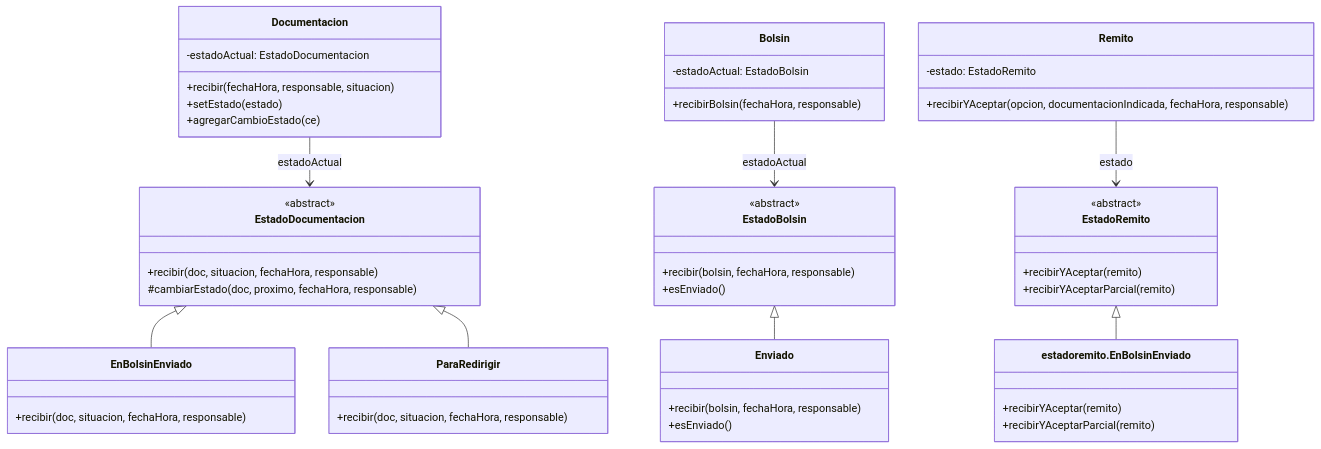
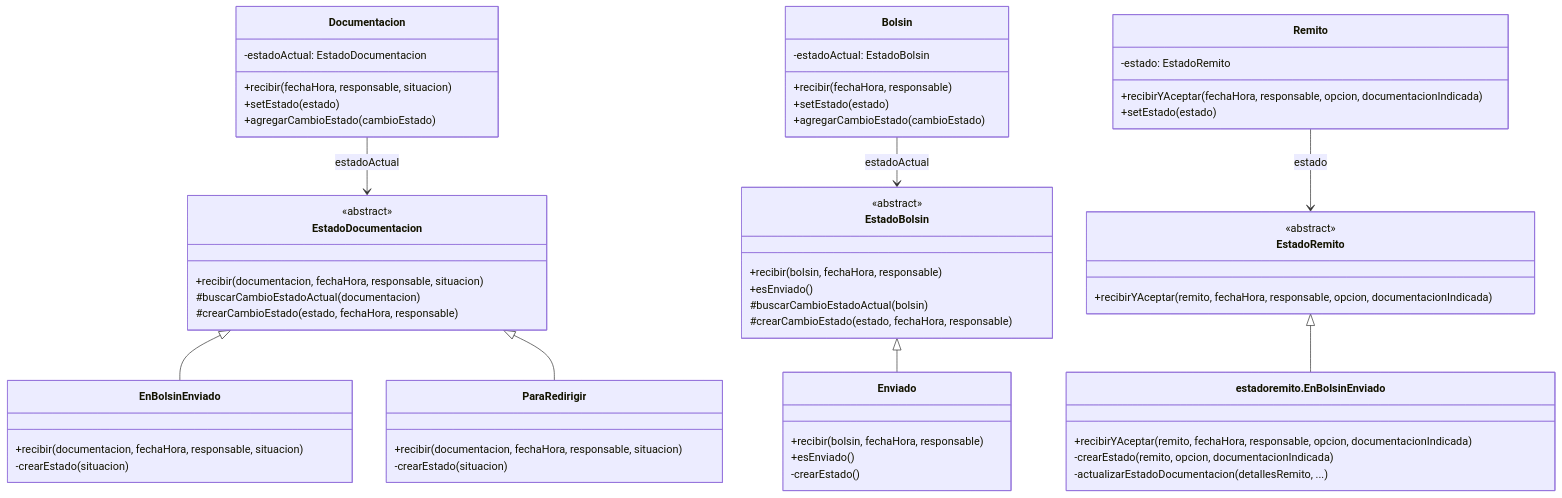
The diagram in README.md (StefaNovaliere/DSI-PPAI), drawn with Mermaid before and after one commit. The commit also changed other lines of this file and 26 other files, not shown here.

First line of the commit message:
Adaptar el patrón State al rediseño del diagrama de secuencia del grupo

````diff
--- a/README.md
+++ b/README.md
@@ -208,53 +214,62 @@
 ```mermaid
 classDiagram
     class Documentacion {
         -estadoActual: EstadoDocumentacion
         +recibir(fechaHora, responsable, situacion)
         +setEstado(estado)
-        +agregarCambioEstado(ce)
+        +agregarCambioEstado(cambioEstado)
     }
     class EstadoDocumentacion {
         <<abstract>>
-        +recibir(doc, situacion, fechaHora, responsable)
-        #cambiarEstado(doc, proximo, fechaHora, responsable)
+        +recibir(documentacion, fechaHora, responsable, situacion)
+        #buscarCambioEstadoActual(documentacion)
+        #crearCambioEstado(estado, fechaHora, responsable)
     }
     class EnBolsinEnviado {
-        +recibir(doc, situacion, fechaHora, responsable)
+        +recibir(documentacion, fechaHora, responsable, situacion)
+        -crearEstado(situacion)
     }
     class ParaRedirigir {
-        +recibir(doc, situacion, fechaHora, responsable)
+        +recibir(documentacion, fechaHora, responsable, situacion)
+        -crearEstado(situacion)
     }
     class Bolsin {
         -estadoActual: EstadoBolsin
-        +recibirBolsin(fechaHora, responsable)
+        +recibir(fechaHora, responsable)
+        +setEstado(estado)
+        +agregarCambioEstado(cambioEstado)
     }
     class EstadoBolsin {
         <<abstract>>
         +recibir(bolsin, fechaHora, responsable)
         +esEnviado()
+        #buscarCambioEstadoActual(bolsin)
+        #crearCambioEstado(estado, fechaHora, responsable)
     }
     class Enviado {
         +recibir(bolsin, fechaHora, responsable)
         +esEnviado()
+        -crearEstado()
     }
     class Remito {
         -estado: EstadoRemito
-        +recibirYAceptar(opcion, documentacionIndicada, fechaHora, responsable)
+        +recibirYAceptar(fechaHora, responsable, opcion, documentacionIndicada)
+        +setEstado(estado)
     }
     class EstadoRemito {
         <<abstract>>
-        +recibirYAceptar(remito)
-        +recibirYAceptarParcial(remito)
+        +recibirYAceptar(remito, fechaHora, responsable, opcion, documentacionIndicada)
     }
     class EnBolsinEnviadoRemito["estadoremito.EnBolsinEnviado"] {
-        +recibirYAceptar(remito)
-        +recibirYAceptarParcial(remito)
+        +recibirYAceptar(remito, fechaHora, responsable, opcion, documentacionIndicada)
+        -crearEstado(remito, opcion, documentacionIndicada)
+        -actualizarEstadoDocumentacion(detallesRemito, ...)
     }
     Documentacion --> EstadoDocumentacion : estadoActual
     EstadoDocumentacion <|-- EnBolsinEnviado
     EstadoDocumentacion <|-- ParaRedirigir
     Bolsin --> EstadoBolsin : estadoActual
     EstadoBolsin <|-- Enviado
     Remito --> EstadoRemito : estado
     EstadoRemito <|-- EnBolsinEnviadoRemito
 ```
````
